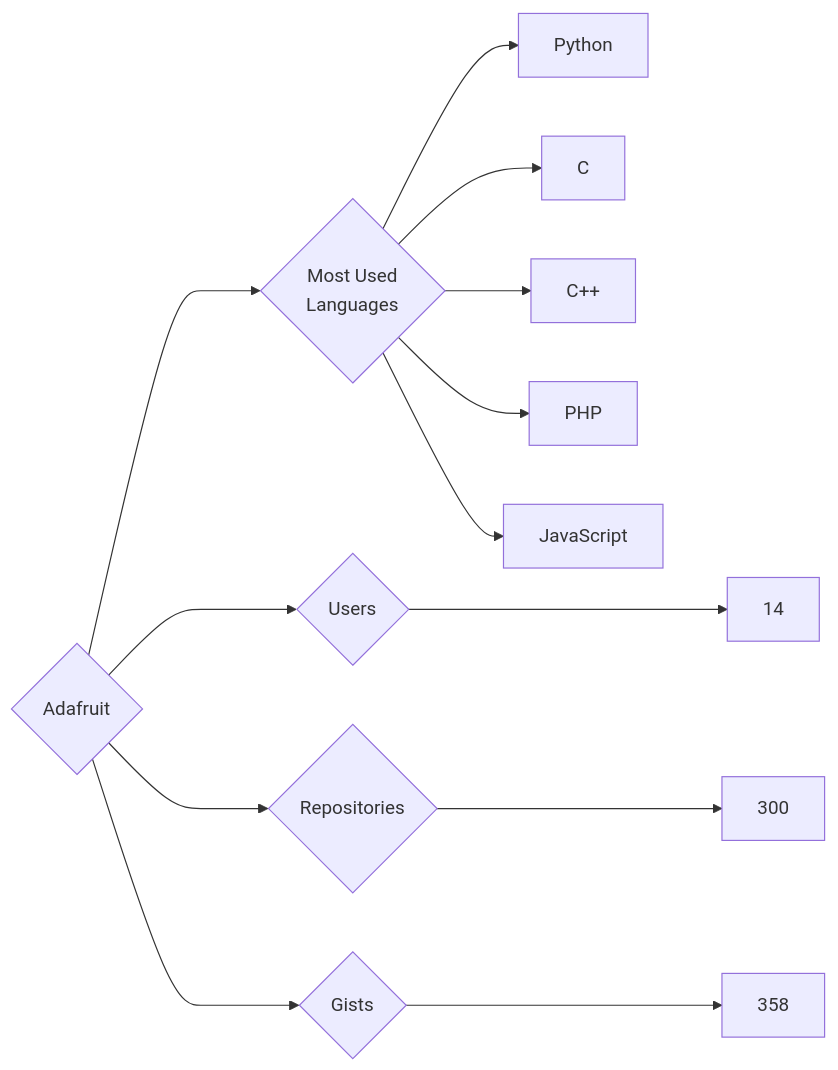
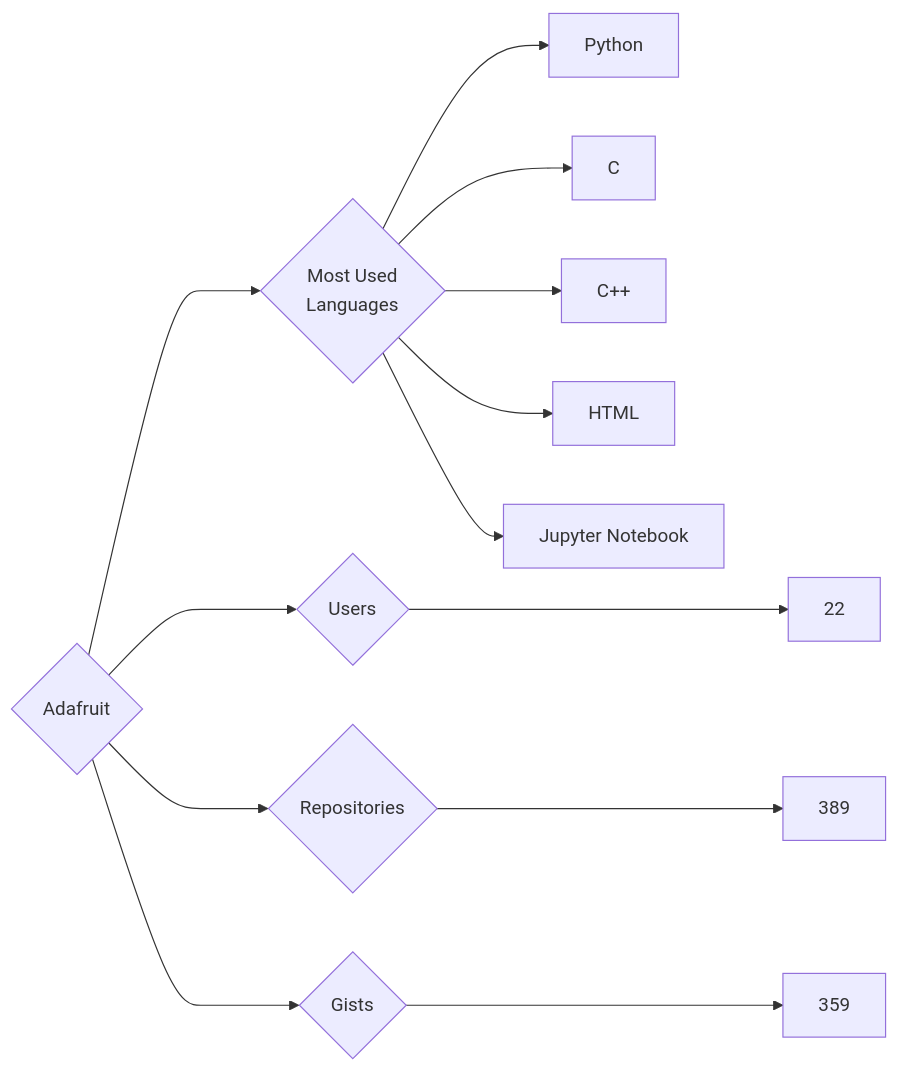
Before and after one commit to trickest/insiders: the diagram in targets/Adafruit/README.md, drawn with Mermaid. The commit also changed 1020 other files, not shown here.

````diff
--- a/targets/Adafruit/README.md
+++ b/targets/Adafruit/README.md
@@ -3,13 +3,13 @@
 ```mermaid
 graph LR
 COMPANY_NAME{Adafruit}
-COMPANY_NAME ---> U{Users} ---> UN[14]
-COMPANY_NAME ---> R{Repositories} ---> RN[300]
-COMPANY_NAME ---> G{Gists} ---> GN[358]
+COMPANY_NAME ---> U{Users} ---> UN[22]
+COMPANY_NAME ---> R{Repositories} ---> RN[389]
+COMPANY_NAME ---> G{Gists} ---> GN[359]
 COMPANY_NAME ---> ML{Most Used<br>Languages}
 ML --> Python[Python]
 ML --> C[C]
 ML --> C++[C++]
-ML --> PHP[PHP]
-ML --> JavaScript[JavaScript]
+ML --> HTML[HTML]
+ML --> Jupyter_Notebook[Jupyter Notebook]
 ```
````
